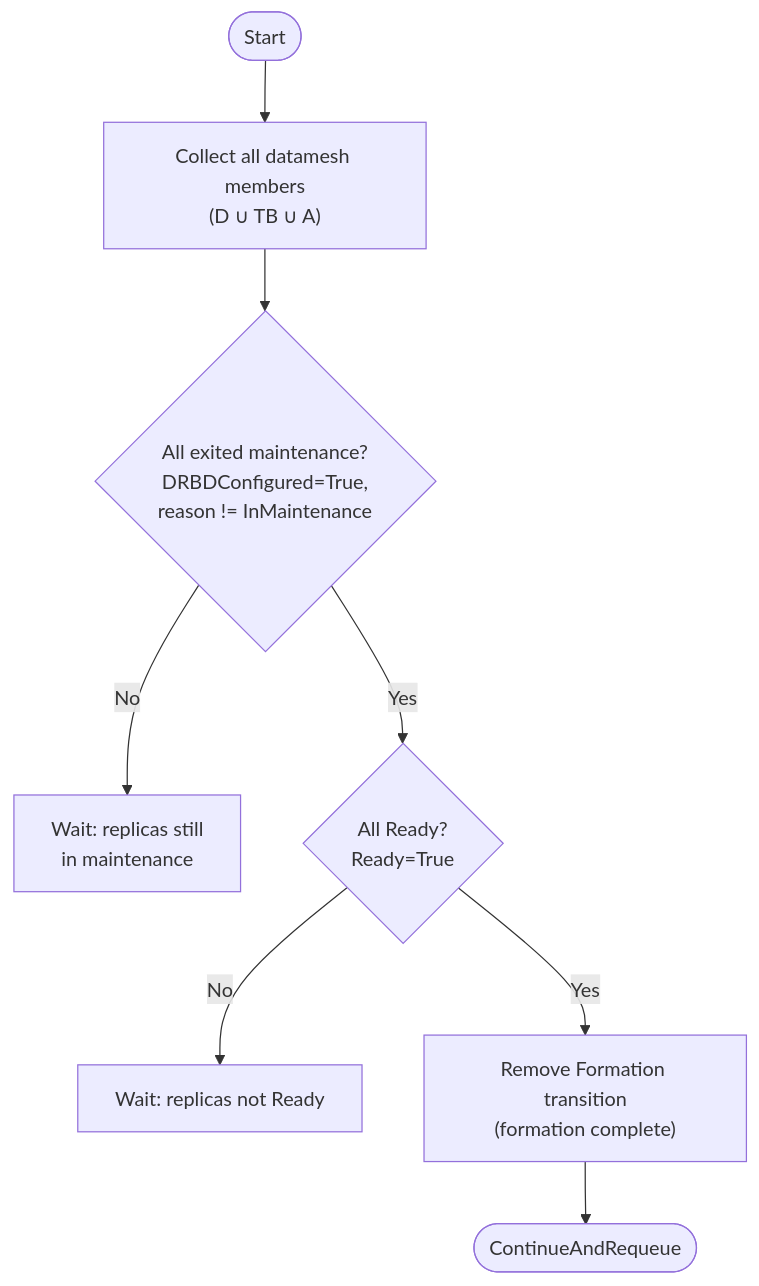
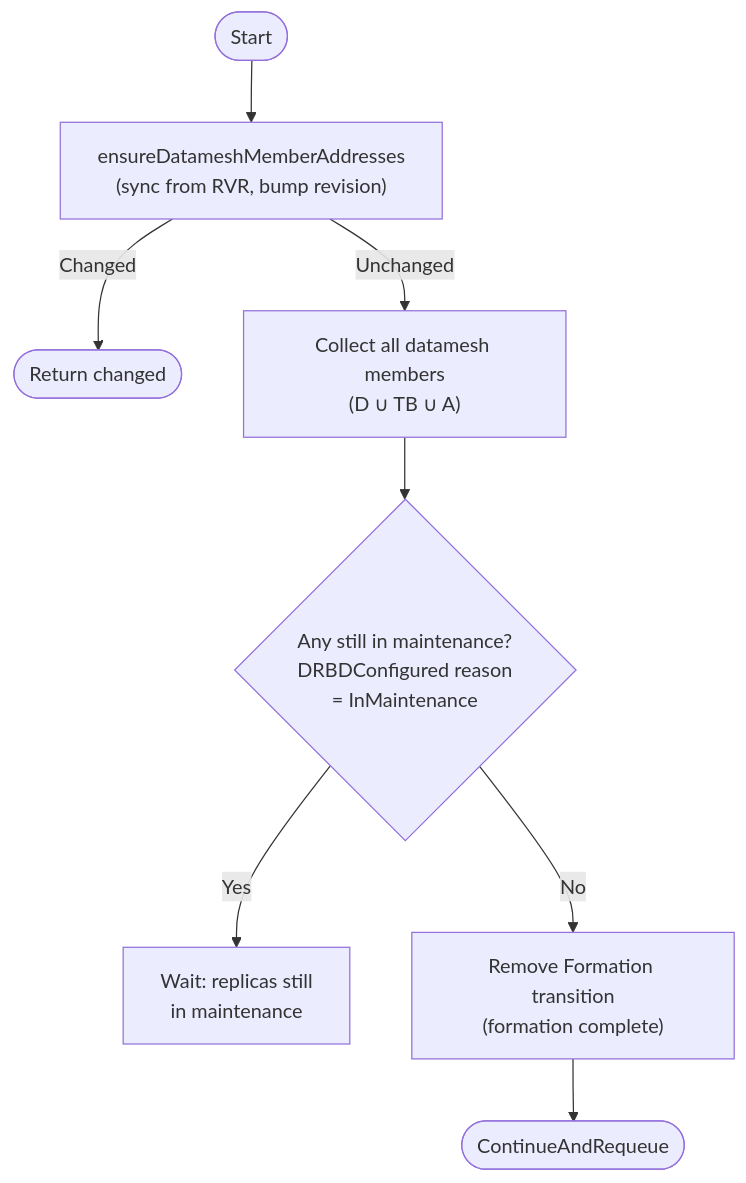
Before and after one commit to deckhouse/sds-replicated-volume: the tenth of 12 diagrams in images/controller/internal/controllers/rv_controller/README.md, drawn with Mermaid. The commit also changed other lines of this file and 80 other files, not shown here.

````diff
--- a/images/controller/internal/controllers/rv_controller/README.md
+++ b/images/controller/internal/controllers/rv_controller/README.md
@@ -852,13 +813,12 @@
 ```mermaid
 flowchart TD
-    Start([Start]) --> CollectAll["Collect all datamesh members<br/>(D ∪ TB ∪ A)"]
+    Start([Start]) --> SyncAddr["ensureDatameshMemberAddresses<br/>(sync from RVR, bump revision)"]
+    SyncAddr -->|Changed| ReturnChanged([Return changed])
+    SyncAddr -->|Unchanged| CollectAll["Collect all datamesh members<br/>(D ∪ TB ∪ A)"]
 
-    CollectAll --> CheckMaintenance{"All exited maintenance?<br/>DRBDConfigured=True,<br/>reason != InMaintenance"}
-    CheckMaintenance -->|No| WaitMaint["Wait: replicas still<br/>in maintenance"]
+    CollectAll --> CheckMaintenance{"Any still in maintenance?<br/>DRBDConfigured reason<br/>= InMaintenance"}
+    CheckMaintenance -->|Yes| WaitMaint["Wait: replicas still<br/>in maintenance"]
 
-    CheckMaintenance -->|Yes| CheckReady{"All Ready?<br/>Ready=True"}
-    CheckReady -->|No| WaitReady["Wait: replicas not Ready"]
-
-    CheckReady -->|Yes| Complete["Remove Formation transition<br/>(formation complete)"]
+    CheckMaintenance -->|No| Complete["Remove Formation transition<br/>(formation complete)"]
     Complete --> End([ContinueAndRequeue])
 ```
````
